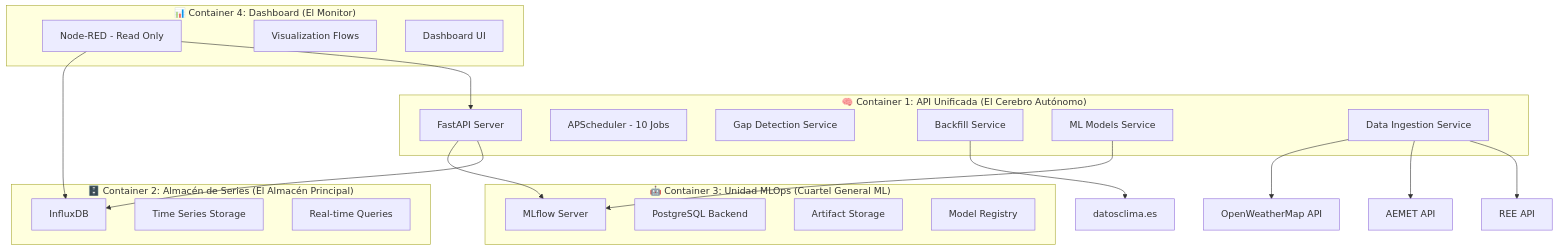
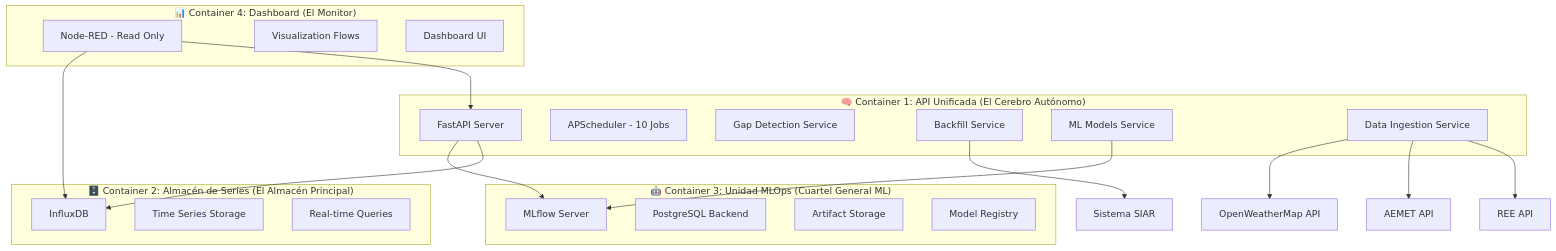
Before and after one commit to knono/chocolate-factory: the first of 6 diagrams in docs/SYSTEM_ARCHITECTURE.md, drawn with Mermaid. The commit also changed other lines of this file and 38 other files, not shown here.

````diff
--- a/docs/SYSTEM_ARCHITECTURE.md
+++ b/docs/SYSTEM_ARCHITECTURE.md
@@ -29,48 +29,48 @@
 ```mermaid
 graph TB
     subgraph "🧠 Container 1: API Unificada (El Cerebro Autónomo)"
         A1[FastAPI Server]
         A2[APScheduler - 10 Jobs]
         A3[Gap Detection Service]
         A4[Backfill Service] 
         A5[ML Models Service]
         A6[Data Ingestion Service]
     end
     
     subgraph "🗄️ Container 2: Almacén de Series (El Almacén Principal)" 
         B1[InfluxDB]
         B2[Time Series Storage]
         B3[Real-time Queries]
     end
     
     subgraph "🤖 Container 3: Unidad MLOps (Cuartel General ML)"
         C1[MLflow Server]
         C2[PostgreSQL Backend] 
         C3[Artifact Storage]
         C4[Model Registry]
     end
     
     subgraph "📊 Container 4: Dashboard (El Monitor)"
         D1[Node-RED - Read Only]
         D2[Visualization Flows]
         D3[Dashboard UI]
     end
     
     %% External APIs
     E1[REE API]
     E2[AEMET API] 
     E3[OpenWeatherMap API]
-    E4[datosclima.es]
+    E4[Sistema SIAR]
     
     %% Connections
     A1 --> B1
     A1 --> C1
     A5 --> C1
     D1 --> A1
     D1 --> B1
     
     A6 --> E1
     A6 --> E2
     A6 --> E3
     A4 --> E4
 ```
````
